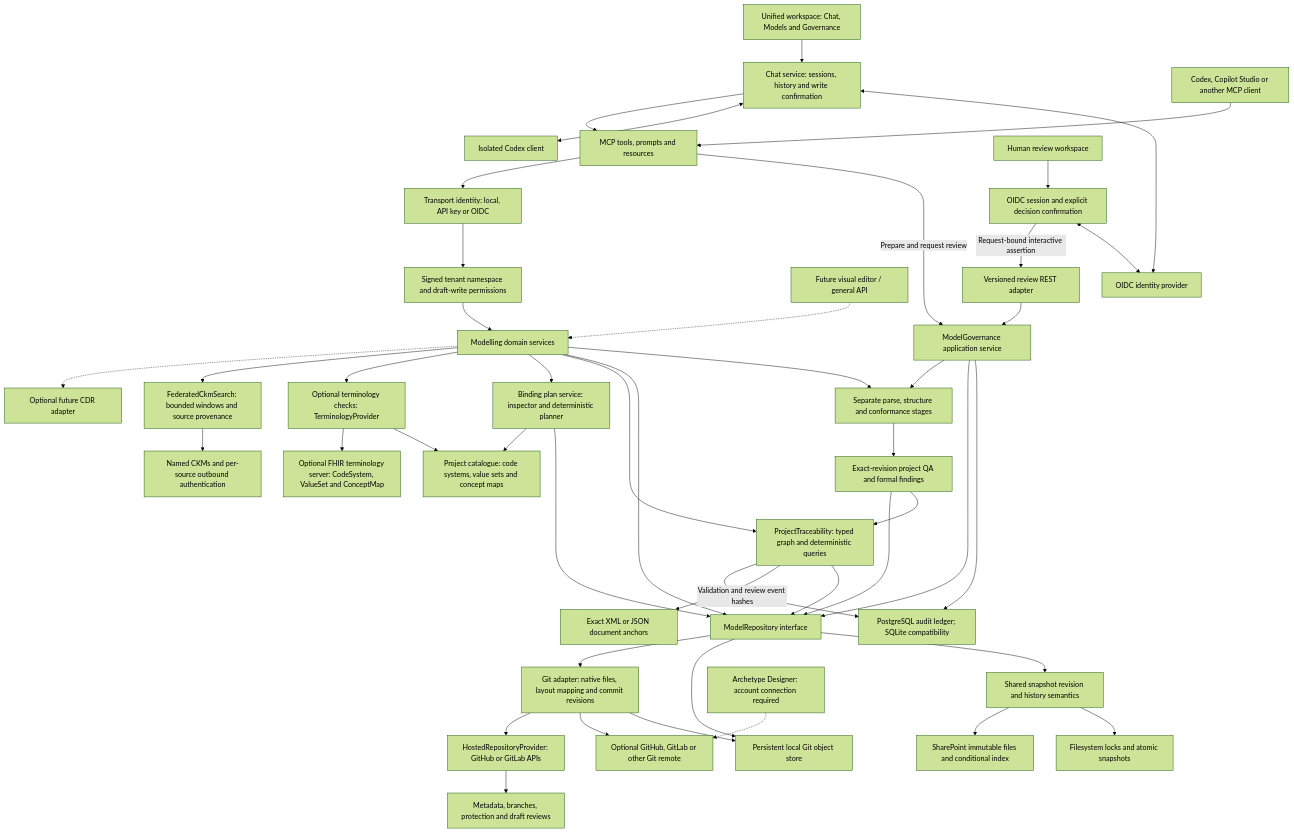
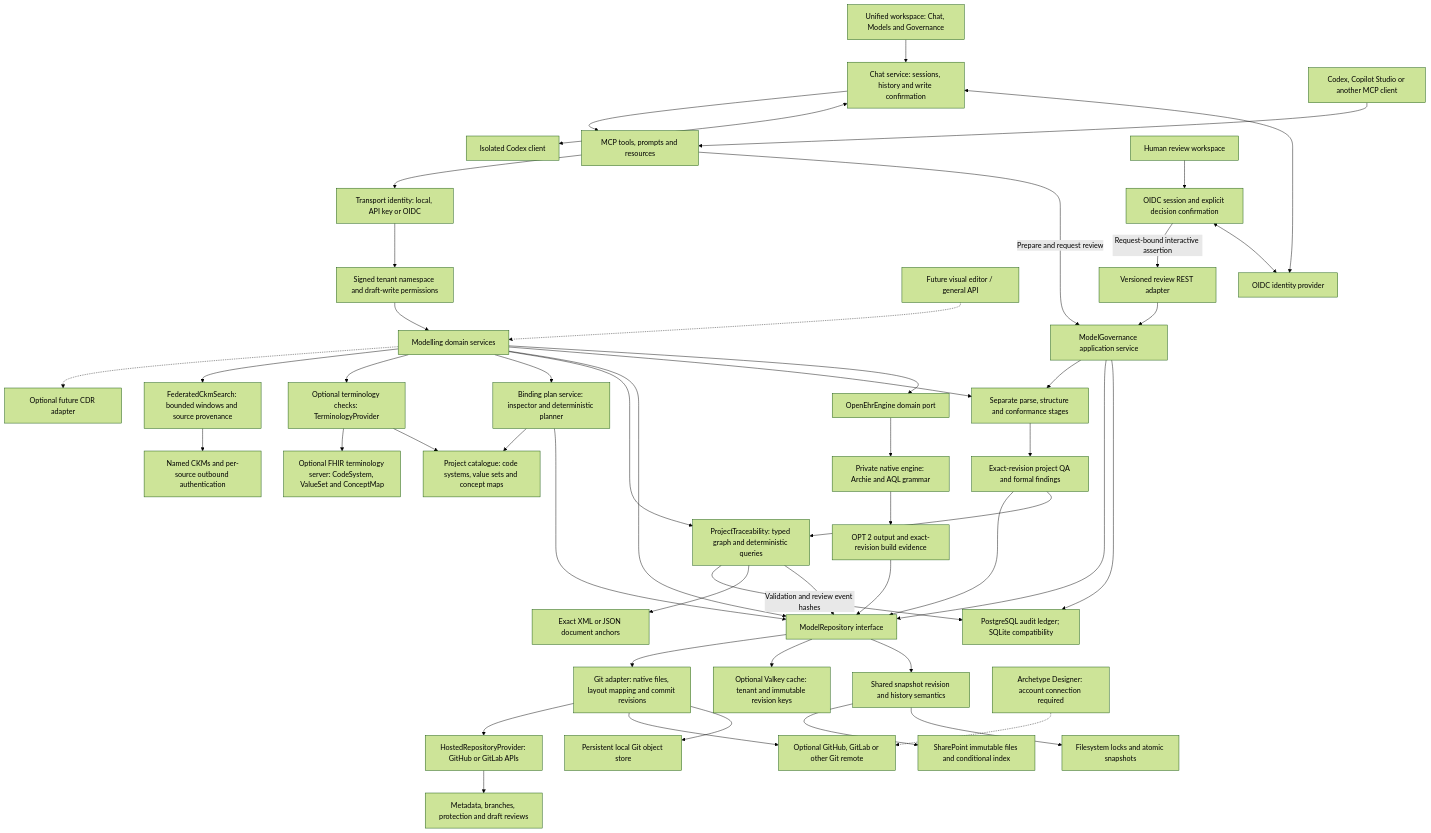
Before and after one commit to CzarMich/openehr-modelling-assistant: the diagram in docs/ARCHITECTURE.md, drawn with Mermaid (forest theme). The commit also changed other lines of this file and 95 other files, not shown here.

Commit message:
Add isolated native openEHR compilation and exact-revision build evidence

````diff
--- a/docs/ARCHITECTURE.md
+++ b/docs/ARCHITECTURE.md
@@ -5,48 +5,52 @@
 ```mermaid
 flowchart TB
     Browser[Unified workspace: Chat, Models and Governance] --> Chat[Chat service: sessions, history and write confirmation]
     Chat <--> Identity[OIDC identity provider]
     Chat <--> Codex[Isolated Codex client]
     Chat --> MCP[MCP tools, prompts and resources]
     AI[Codex, Copilot Studio or another MCP client] --> MCP[MCP tools, prompts and resources]
     UI[Future visual editor / general API] -.-> Core[Modelling domain services]
     Human[Human review workspace] --> BFF[OIDC session and explicit decision confirmation]
     BFF <--> Identity
     BFF -->|Request-bound interactive assertion| REST[Versioned review REST adapter]
     REST --> Governance[ModelGovernance application service]
     MCP -->|Prepare and request review| Governance
     Governance --> Ledger[PostgreSQL audit ledger; SQLite compatibility]
     Governance --> Repository
     Governance --> Validation
     MCP --> Auth[Transport identity: local, API key or OIDC]
     Auth --> Scope[Signed tenant namespace and draft-write permissions]
     Scope --> Core
+    Core --> EnginePort[OpenEhrEngine domain port]
+    EnginePort --> Engine[Private native engine: Archie and AQL grammar]
+    Engine --> Builds[OPT 2 output and exact-revision build evidence]
+    Builds --> Repository
     Core --> Validation[Separate parse, structure and conformance stages]
     Validation --> Quality[Exact-revision project QA and formal findings]
     Quality --> Trace
     Quality --> Repository
     Core --> Repository[ModelRepository interface]
     Core --> Trace[ProjectTraceability: typed graph and deterministic queries]
     Trace --> Repository
     Trace --> Anchors[Exact XML or JSON document anchors]
     Trace -->|Validation and review event hashes| Ledger
     Repository --> Snap[Shared snapshot revision and history semantics]
     Repository --> Cache[Optional Valkey cache: tenant and immutable revision keys]
     Snap --> FS[Filesystem locks and atomic snapshots]
     Snap --> SP[SharePoint immutable files and conditional index]
     Repository --> Git[Git adapter: native files, layout mapping and commit revisions]
-    Git --> Cache[Persistent local Git object store]
+    Git --> Objects[Persistent local Git object store]
     Git --> Remote[Optional GitHub, GitLab or other Git remote]
     Git --> Hosting[HostedRepositoryProvider: GitHub or GitLab APIs]
     Hosting --> Reviews[Metadata, branches, protection and draft reviews]
     Designer[Archetype Designer: account connection required] -.-> Remote
     Core --> Plans[Binding plan service: inspector and deterministic planner]
     Plans --> Repository
     Plans --> Local
     Core --> Terms[Optional terminology checks: TerminologyProvider]
     Terms --> Local[Project catalogue: code systems, value sets and concept maps]
     Terms --> FHIR[Optional FHIR terminology server: CodeSystem, ValueSet and ConceptMap]
     Core --> Federation[FederatedCkmSearch: bounded windows and source provenance]
     Federation --> CKM[Named CKMs and per-source outbound authentication]
     Core -.-> CDR[Optional future CDR adapter]
 ```
````
